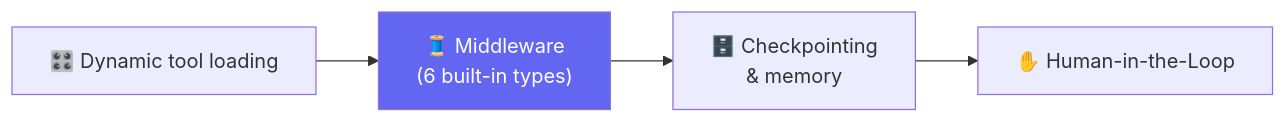
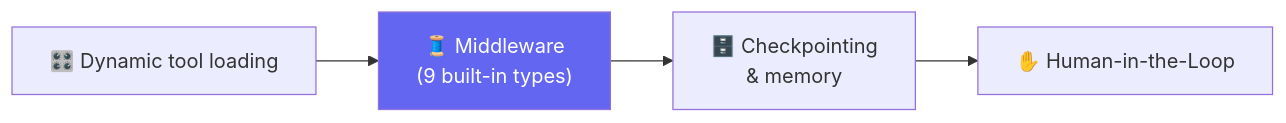
Before and after one commit to shiqs90/agent3.0-mcp-live-2026: the first of 2 diagrams in 11-12 - 1-8 Aug - Agents, Memory & Middleware/README.md, drawn with Mermaid. The commit also changed other lines of this file and 19 other files, not shown here.

````diff
--- a/11-12 - 1-8 Aug - Agents, Memory & Middleware/README.md
+++ b/11-12 - 1-8 Aug - Agents, Memory & Middleware/README.md
@@ -6,5 +4,5 @@
 ```mermaid
 flowchart LR
-    A["🎛️ Dynamic tool loading"] --> B["🧵 Middleware<br/>(6 built-in types)"] --> C["🗄️ Checkpointing<br/>& memory"] --> D["✋ Human-in-the-Loop"]
+    A["🎛️ Dynamic tool loading"] --> B["🧵 Middleware<br/>(9 built-in types)"] --> C["🗄️ Checkpointing<br/>& memory"] --> D["✋ Human-in-the-Loop"]
     style B fill:#6366f1,color:#fff
 ```
````
